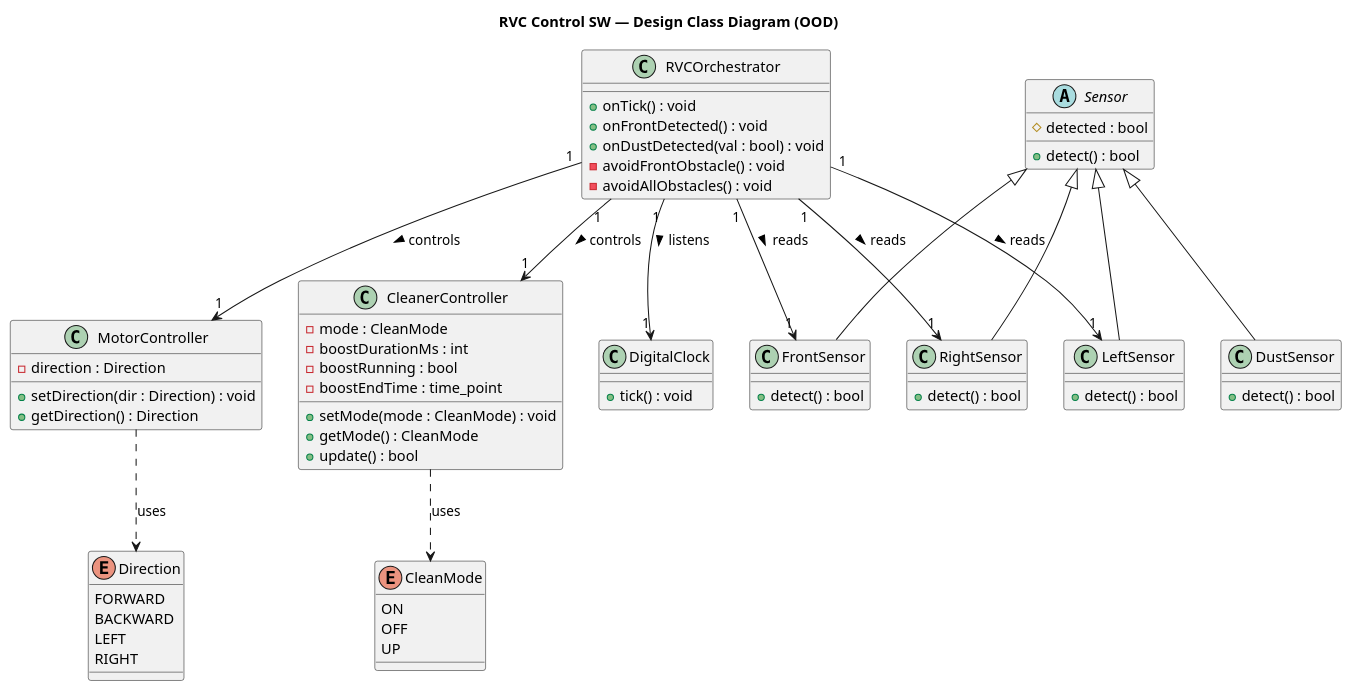
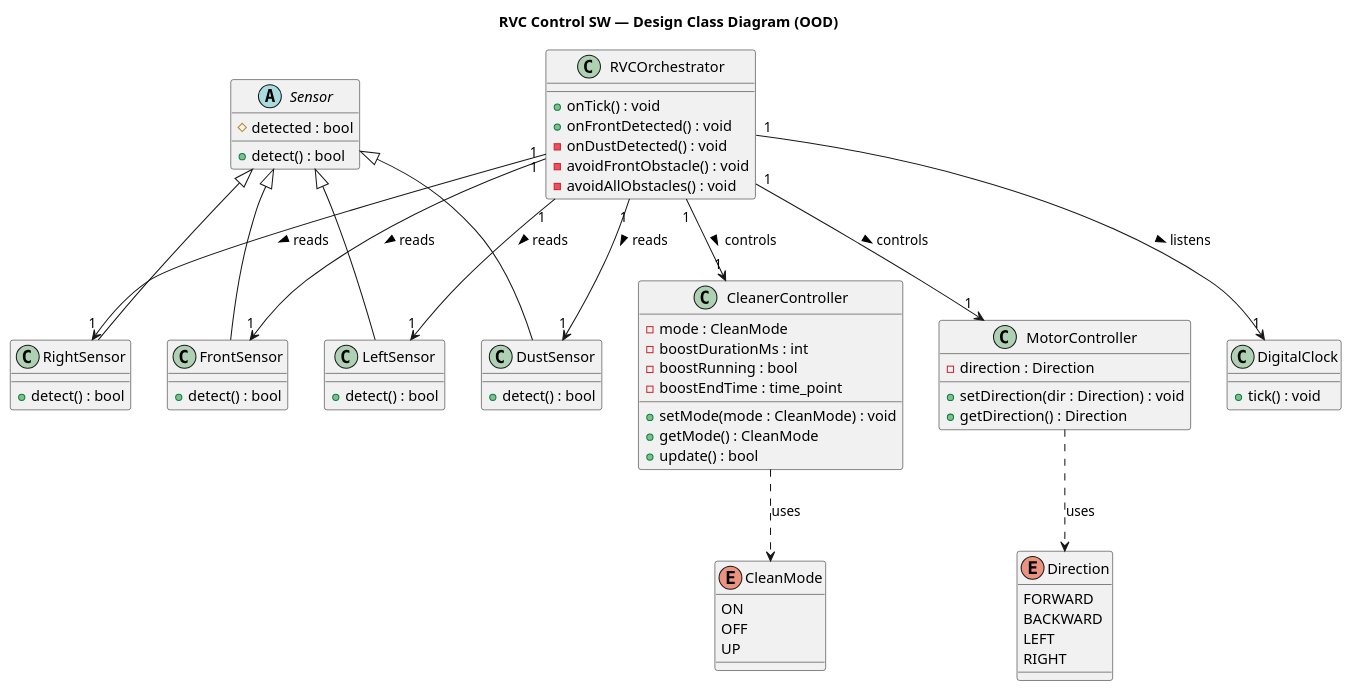
One commit to OOP-konkuk/CICD-Team7 changed the diagram in docs/vibe-coding/03-ood/class-diagram.mdx. Above: the diagram before and after it, drawn with PlantUML. The commit also changed other lines of this file and 8 other files, not shown here.

```diff
--- a/docs/vibe-coding/03-ood/class-diagram.mdx
+++ b/docs/vibe-coding/03-ood/class-diagram.mdx
@@ -84,7 +84,7 @@
 class RVCOrchestrator {
   + onTick() : void
   + onFrontDetected() : void
-  + onDustDetected(val : bool) : void
+  - onDustDetected() : void
   - avoidFrontObstacle() : void
   - avoidAllObstacles() : void
 }
@@ -97,6 +97,7 @@
 RVCOrchestrator "1" --> "1" FrontSensor        : reads >
 RVCOrchestrator "1" --> "1" LeftSensor         : reads >
 RVCOrchestrator "1" --> "1" RightSensor        : reads >
+RVCOrchestrator "1" --> "1" DustSensor         : reads >
 RVCOrchestrator "1" --> "1" DigitalClock       : listens >
 RVCOrchestrator "1" --> "1" MotorController    : controls >
 RVCOrchestrator "1" --> "1" CleanerController  : controls >
```
